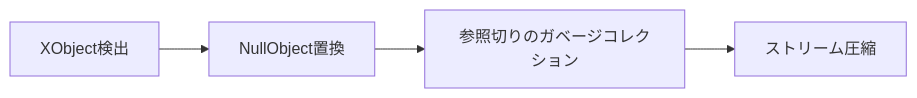
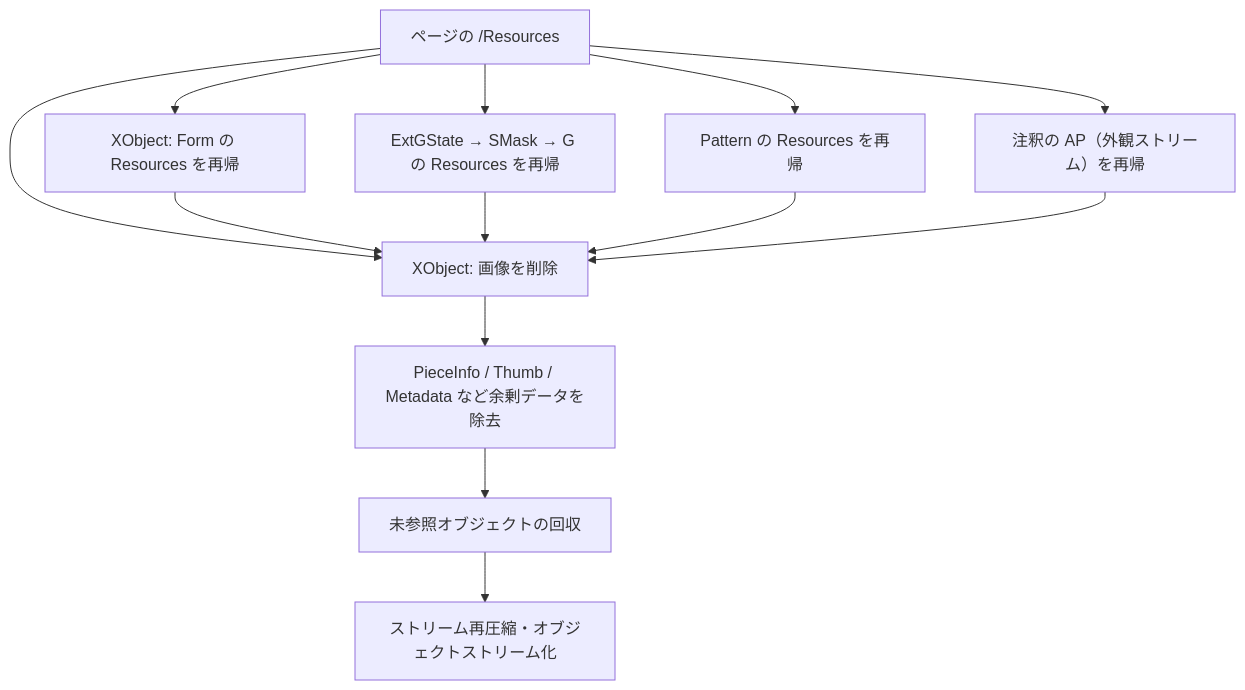
Before and after one commit to kenken-trpg/pdf-shrink-split: the diagram in README.md, drawn with Mermaid. The commit also changed other lines of this file and 2 other files, not shown here.

````diff
--- a/README.md
+++ b/README.md
@@ -63,6 +82,15 @@
 ```mermaid
-graph LR
-    A[XObject検出] --> B[NullObject置換]
-    B --> C[参照切りのガベージコレクション]
-    C --> D[ストリーム圧縮]
+graph TD
+    A[ページの /Resources] --> B[XObject: 画像を削除]
+    A --> C[XObject: Form の Resources を再帰]
+    A --> D["ExtGState → SMask → G の Resources を再帰"]
+    A --> E[Pattern の Resources を再帰]
+    A --> F["注釈の AP（外観ストリーム）を再帰"]
+    C --> B
+    D --> B
+    E --> B
+    F --> B
+    B --> G["PieceInfo / Thumb / Metadata など余剰データを除去"]
+    G --> H[未参照オブジェクトの回収]
+    H --> I[ストリーム再圧縮・オブジェクトストリーム化]
 ```
````
